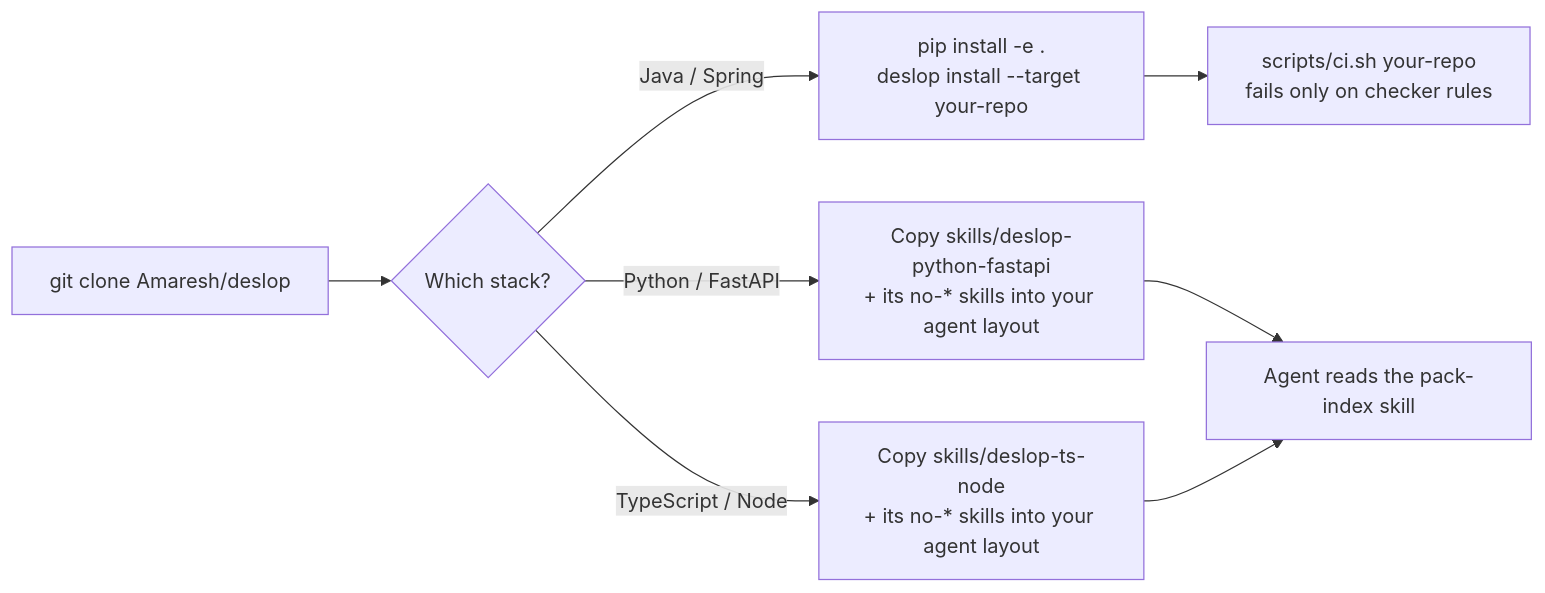
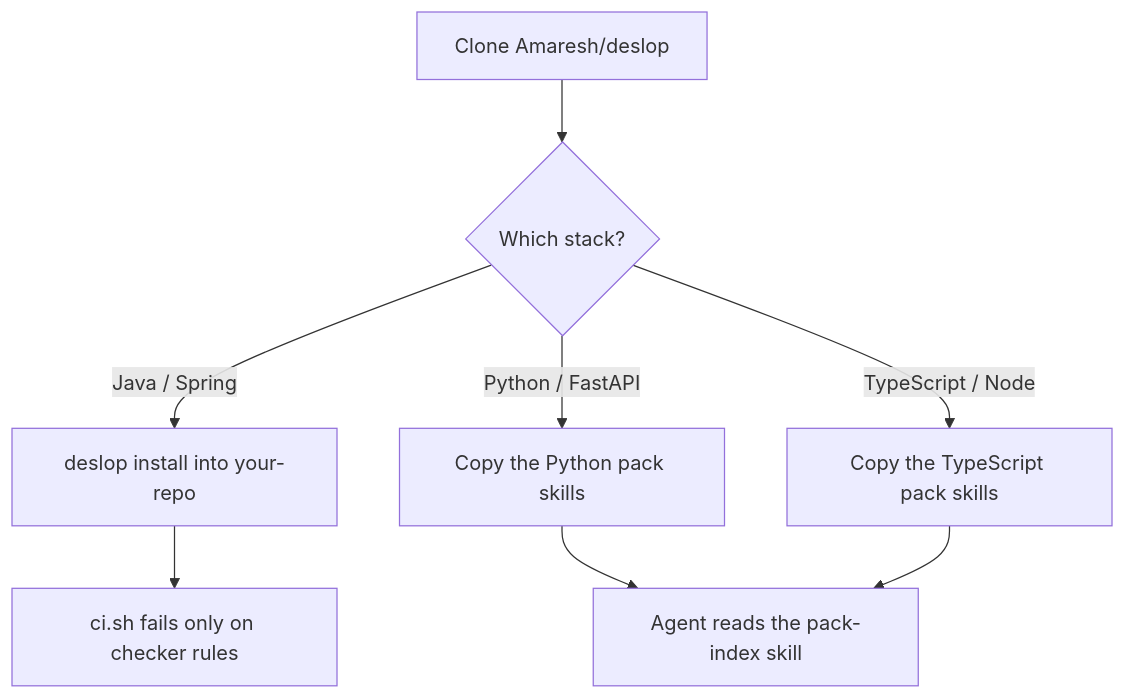
The fourth of 5 diagrams in README.md (Amaresh/deslop), drawn with Mermaid before and after one commit. The commit also changed other lines of this file, not shown here.

First line of the commit message:
docs: make README mermaid parse on GitHub

````diff
--- a/README.md
+++ b/README.md
@@ -116,10 +115,10 @@
 ```mermaid
-flowchart LR
-  Clone["git clone Amaresh/deslop"] --> Pick{Which stack?}
-  Pick -->|Java / Spring| Inst["pip install -e .<br/>deslop install --target your-repo"]
-  Pick -->|Python / FastAPI| CopyP["Copy skills/deslop-python-fastapi<br/>+ its no-* skills into your agent layout"]
-  Pick -->|TypeScript / Node| CopyT["Copy skills/deslop-ts-node<br/>+ its no-* skills into your agent layout"]
-  Inst --> CI["scripts/ci.sh your-repo<br/>fails only on checker rules"]
-  CopyP --> Agent[Agent reads the pack-index skill]
+flowchart TD
+  Clone["Clone Amaresh/deslop"] --> Pick{"Which stack?"}
+  Pick -->|"Java / Spring"| Inst["deslop install into your-repo"]
+  Pick -->|"Python / FastAPI"| CopyP["Copy the Python pack skills"]
+  Pick -->|"TypeScript / Node"| CopyT["Copy the TypeScript pack skills"]
+  Inst --> CI["ci.sh fails only on checker rules"]
+  CopyP --> Agent["Agent reads the pack-index skill"]
   CopyT --> Agent
 ```
````
